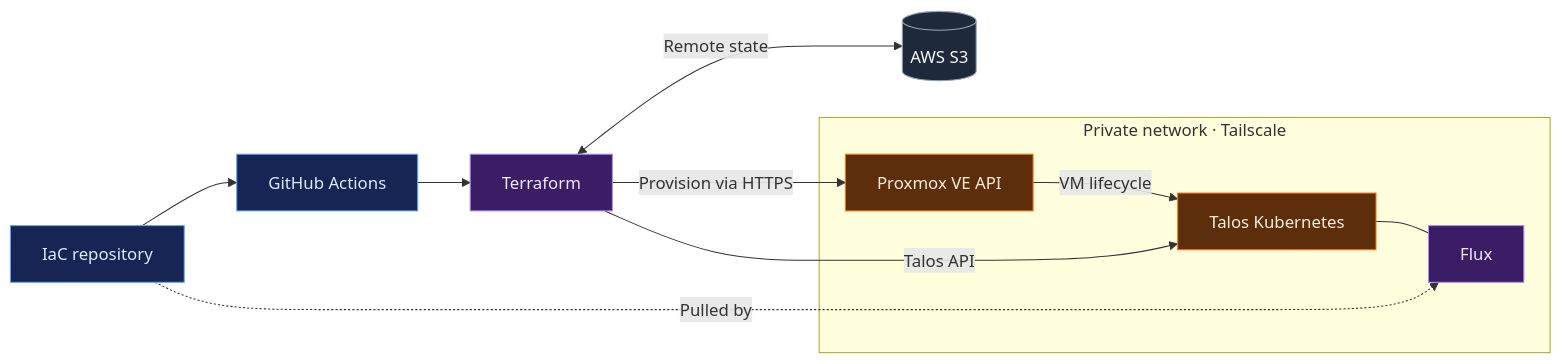
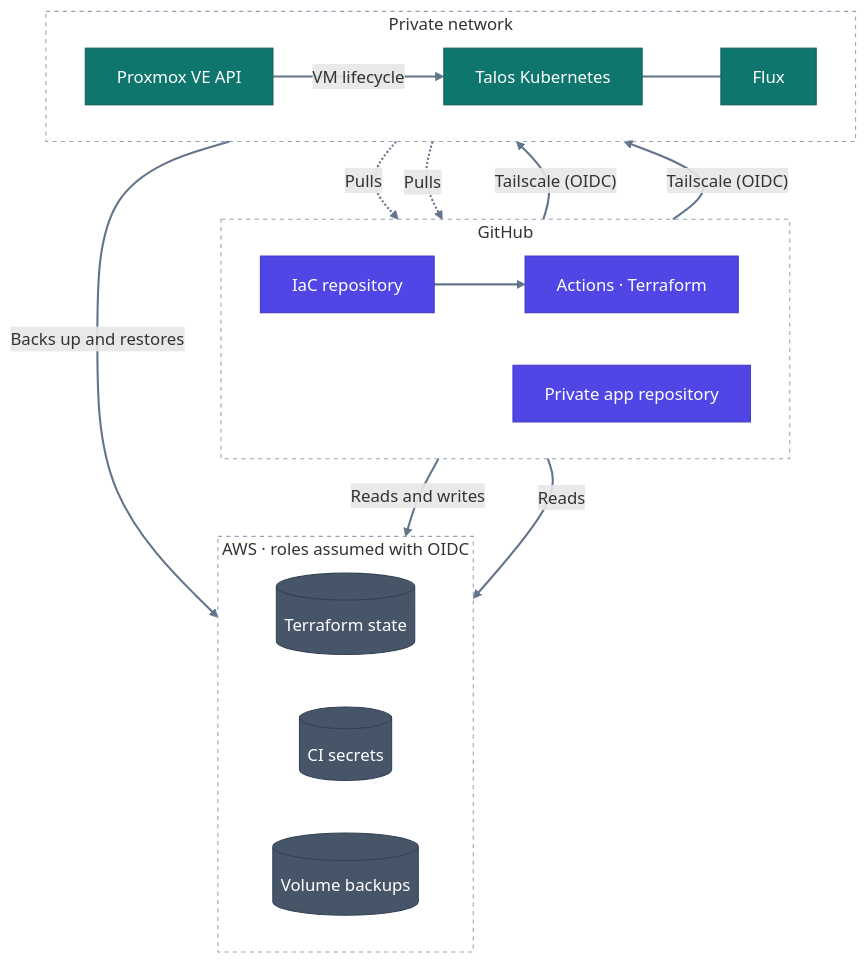
The diagram in README.md (rauland/iac), drawn with Mermaid before and after one commit. The commit also changed other lines of this file, not shown here.

First paragraph of the commit message:
Bring the README's feature status up to date (#92)
* Bring the README's feature status up to date

````diff
--- a/README.md
+++ b/README.md
@@ -31,28 +31,41 @@
 ```mermaid
-flowchart LR
-    repo["IaC repository"] --> actions["GitHub Actions"]
-    actions --> terraform["Terraform"]
-    terraform <-->|Remote state| state[("AWS S3")]
-
-    subgraph private["Private network · Tailscale"]
-        proxmox["Proxmox VE API"]
-        talos["Talos Kubernetes"]
-        flux["Flux"]
-        proxmox -->|VM lifecycle| talos
-        talos --- flux
+flowchart TB
+    subgraph github["GitHub"]
+        direction LR
+        repo["IaC repository"] --> actions["Actions · Terraform"]
+        apps["Private app repository"]
     end
 
-    terraform -->|Provision via HTTPS| proxmox
-    terraform -->|Talos API| talos
-    repo -.->|Pulled by| flux
+    subgraph homelab["Private network"]
+        direction LR
+        proxmox["Proxmox VE API"] -->|VM lifecycle| talos["Talos Kubernetes"]
+        talos --- flux["Flux"]
+    end
 
-    classDef automation fill:#172554,stroke:#60A5FA,color:#DBEAFE
-    classDef provisioning fill:#3B1D66,stroke:#A78BFA,color:#F3E8FF
-    classDef storage fill:#1E293B,stroke:#94A3B8,color:#F8FAFC
-    classDef infrastructure fill:#5C2E0B,stroke:#F97316,color:#FFEDD5
+    subgraph aws["AWS · roles assumed with OIDC"]
+        direction LR
+        state[("Terraform state")]
+        ssm[("CI secrets")]
+        backups[("Volume backups")]
+    end
 
-    class repo,actions automation
-    class terraform,flux provisioning
-    class state storage
-    class proxmox,talos infrastructure
+    actions -->|"Tailscale (OIDC)"| proxmox
+    actions -->|"Tailscale (OIDC)"| talos
+    actions -->|Reads and writes| state
+    actions -->|Reads| ssm
+    talos -->|Backs up and restores| backups
+    flux -.->|Pulls| repo
+    flux -.->|Pulls| apps
+
+    classDef source fill:#4F46E5,stroke:#4338CA,color:#FFFFFF
+    classDef runtime fill:#0F766E,stroke:#115E59,color:#FFFFFF
+    classDef data fill:#475569,stroke:#334155,color:#FFFFFF
+    classDef group fill:none,stroke:#94A3B8,stroke-dasharray:4 4
+
+    class repo,apps,actions source
+    class proxmox,talos,flux runtime
+    class state,ssm,backups data
+    class github,homelab,aws group
+
+    linkStyle default stroke:#64748B,stroke-width:2px
 ```
````
